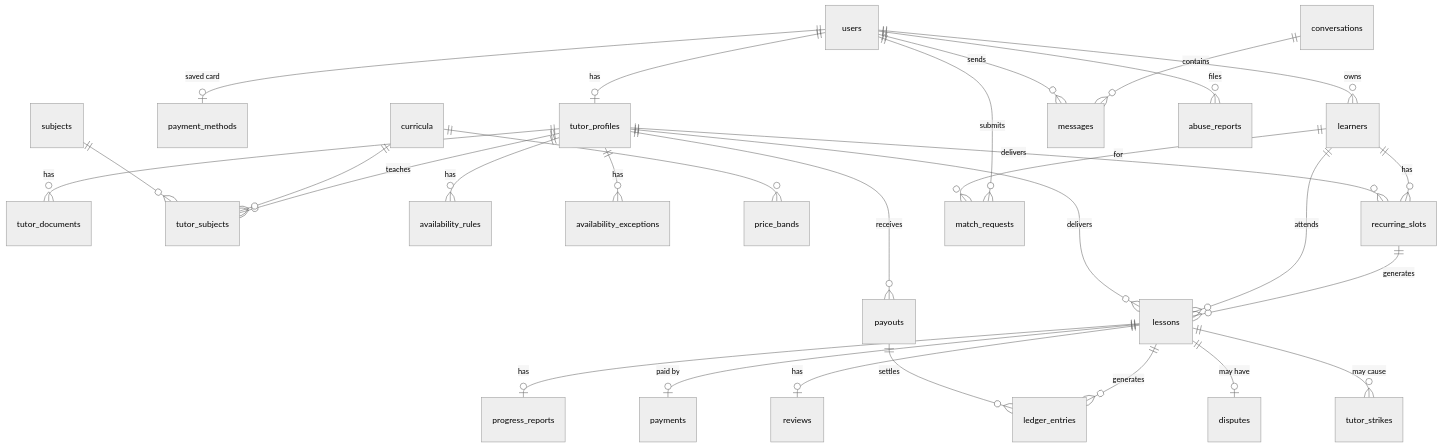
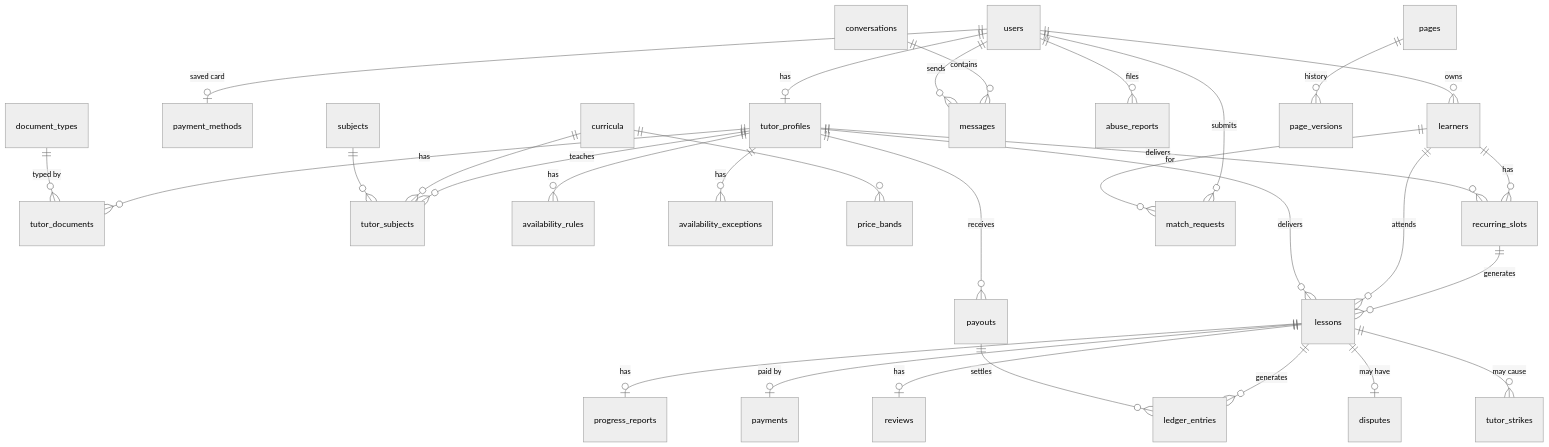
One commit to rizwanoor80/eLearning-Platform changed the first of 2 diagrams in docs/DATA_MODEL.md. Above: the diagram before and after it, drawn with Mermaid (neutral theme). The commit also changed other lines of this file and 6 other files, not shown here.

````diff
--- a/docs/DATA_MODEL.md
+++ b/docs/DATA_MODEL.md
@@ -7,31 +8,33 @@
 ```mermaid
 erDiagram
     users ||--o{ learners : "owns"
     users ||--o| payment_methods : "saved card"
     users ||--o| tutor_profiles : "has"
     tutor_profiles ||--o{ tutor_documents : "has"
     tutor_profiles ||--o{ tutor_subjects : "teaches"
     tutor_profiles ||--o{ availability_rules : "has"
     tutor_profiles ||--o{ availability_exceptions : "has"
     curricula ||--o{ tutor_subjects : ""
     subjects ||--o{ tutor_subjects : ""
     curricula ||--o{ price_bands : ""
     learners ||--o{ recurring_slots : "has"
     tutor_profiles ||--o{ recurring_slots : "delivers"
     recurring_slots ||--o{ lessons : "generates"
     learners ||--o{ lessons : "attends"
     tutor_profiles ||--o{ lessons : "delivers"
     lessons ||--o| progress_reports : "has"
     lessons ||--o| payments : "paid by"
     lessons ||--o{ ledger_entries : "generates"
     lessons ||--o| reviews : "has"
     lessons ||--o| disputes : "may have"
     lessons ||--o{ tutor_strikes : "may cause"
     tutor_profiles ||--o{ payouts : "receives"
     payouts ||--o{ ledger_entries : "settles"
     users ||--o{ match_requests : "submits"
     learners ||--o{ match_requests : "for"
     conversations ||--o{ messages : "contains"
     users ||--o{ messages : "sends"
     users ||--o{ abuse_reports : "files"
+    document_types ||--o{ tutor_documents : "typed by"
+    pages ||--o{ page_versions : "history"
 ```
````
